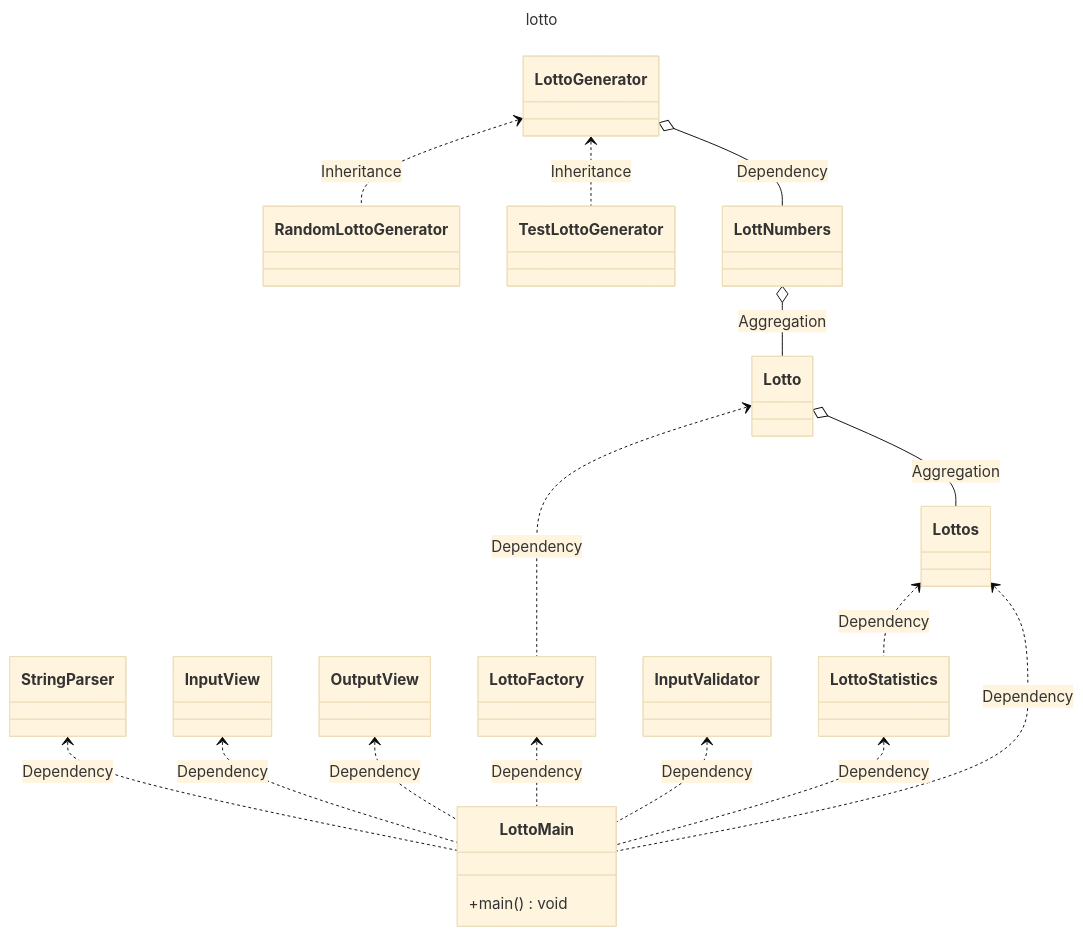
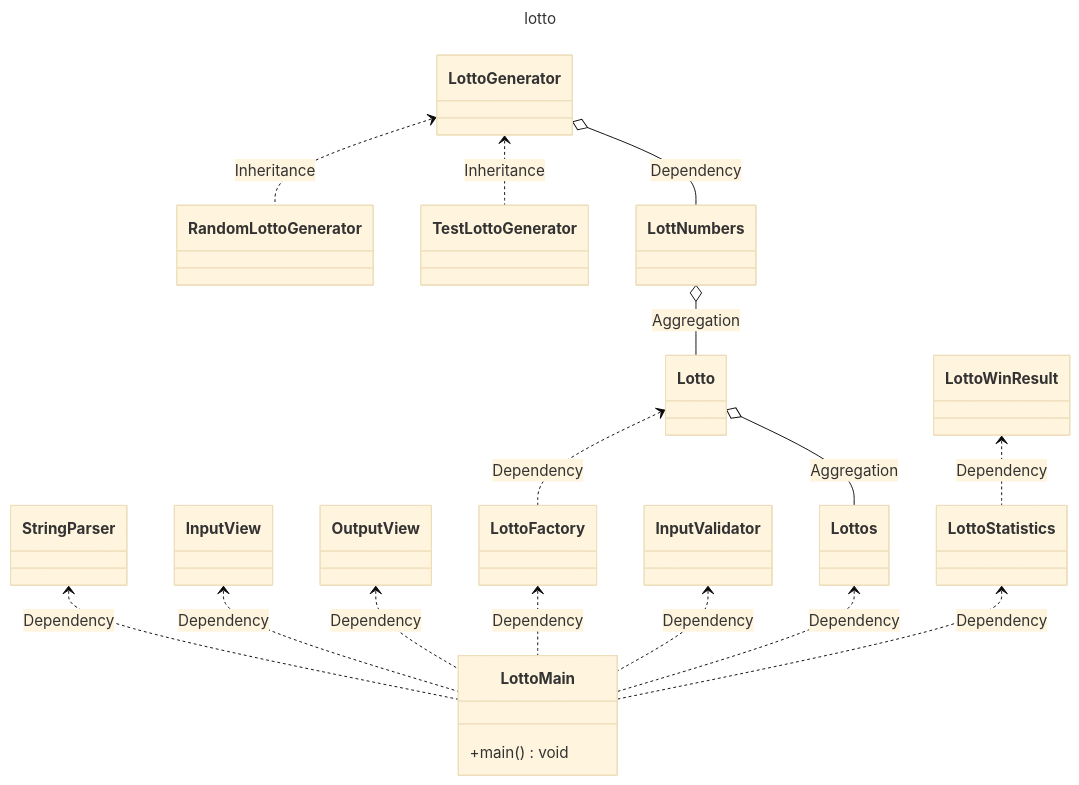
The diagram in README.md (next-step/java-lotto), drawn with Mermaid (base theme) before and after one commit. The commit also changed other lines of this file and 11 other files, not shown here.

```diff
--- a/README.md
+++ b/README.md
@@ -33,9 +33,12 @@
     Lotto o-- Lottos : Aggregation
     LottNumbers o-- Lotto : Aggregation
     LottoGenerator o-- LottNumbers : Dependency
-    Lottos <.. LottoStatistics : Dependency
+    LottoWinResult <.. LottoStatistics : Dependency
         
     class StringParser{
+    }
+
+    class LottoWinResult{
     }
 
     class Lotto{
```
